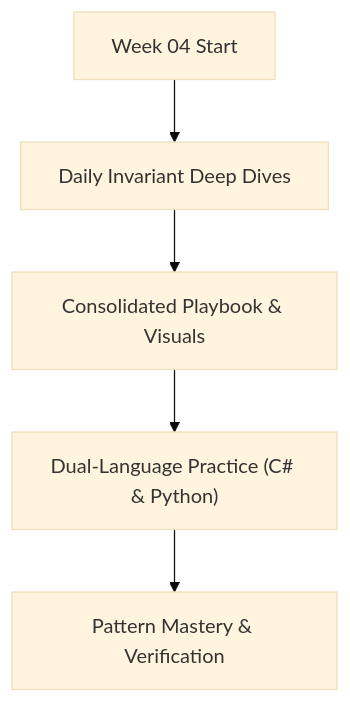
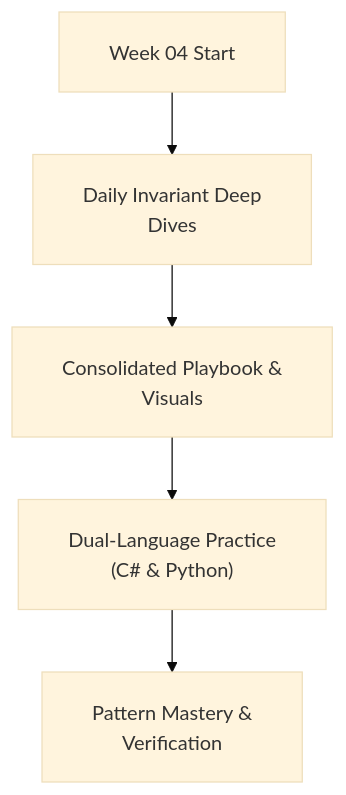
Before and after one commit to dip4k/DSA_102: the diagram in week_04_core_problem_solving_patterns_i/README.md, drawn with Mermaid (base theme). The commit also changed 108 other files, not shown here.

First line of the commit message:
fix(mermaid): resolve diagram clipping, padding, and syntax issues across repo

````diff
--- a/week_04_core_problem_solving_patterns_i/README.md
+++ b/week_04_core_problem_solving_patterns_i/README.md
@@ -16,7 +16,8 @@
 ```mermaid
+%%{init: {"flowchart": {"htmlLabels": true, "padding": 20}}}%%
 flowchart TD
-    Start["Week 04 Start"] --> Daily["Daily Invariant Deep Dives"]
-    Daily --> Playbook["Consolidated Playbook & Visuals"]
-    Playbook --> DualLang["Dual-Language Practice (C# & Python)"]
-    DualLang --> Mastery["Pattern Mastery & Verification"]
+    Start["Week 04 Start"] --> Daily["Daily Invariant Deep<br/>Dives"]
+    Daily --> Playbook["Consolidated Playbook &<br/>Visuals"]
+    Playbook --> DualLang["Dual-Language Practice<br/>(C# & Python)"]
+    DualLang --> Mastery["Pattern Mastery &<br/>Verification"]
 ```
````
